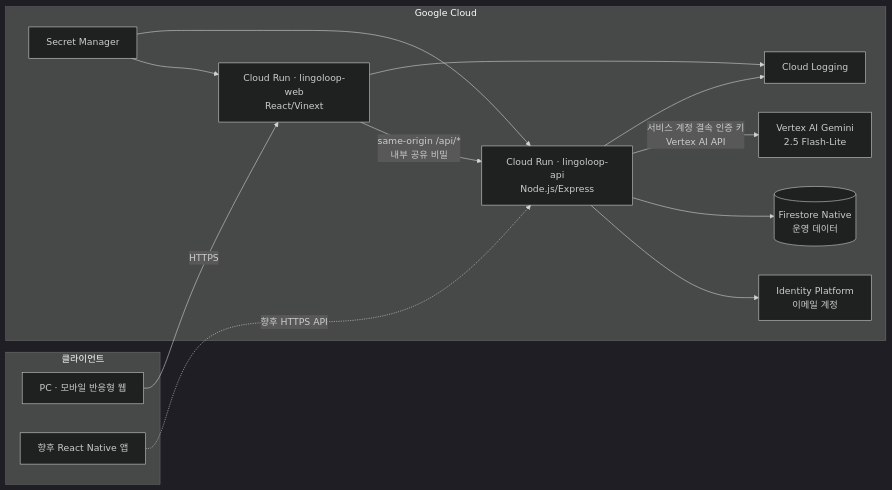
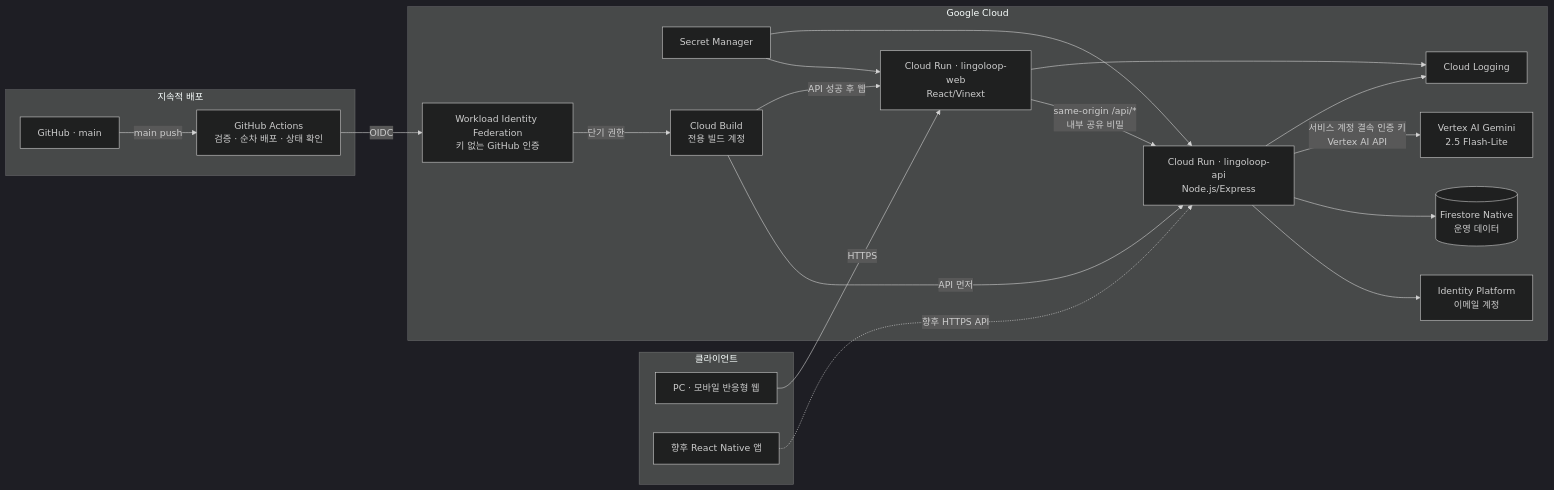
The diagram in README.md (Docile1115/lingoloop-web-mock), drawn with Mermaid (dark theme) before and after one commit. The commit also changed other lines of this file and 6 other files, not shown here.

Commit message:
Automate main deployments to Cloud Run

````diff
--- a/README.md
+++ b/README.md
@@ -54,28 +54,40 @@
 ```mermaid
 flowchart LR
+    subgraph Delivery["지속적 배포"]
+        GitHub["GitHub · main"]
+        Actions["GitHub Actions\n검증 · 순차 배포 · 상태 확인"]
+    end
+
     subgraph Clients["클라이언트"]
         Web["PC · 모바일 반응형 웹"]
         Native["향후 React Native 앱"]
     end
 
     subgraph GCP["Google Cloud"]
         WebRun["Cloud Run · lingoloop-web\nReact/Vinext"]
         ApiRun["Cloud Run · lingoloop-api\nNode.js/Express"]
         Identity["Identity Platform\n이메일 계정"]
         Firestore[("Firestore Native\n운영 데이터")]
         Gemini["Vertex AI Gemini\n2.5 Flash-Lite"]
         Secrets["Secret Manager"]
         Logs["Cloud Logging"]
+        Wif["Workload Identity Federation\n키 없는 GitHub 인증"]
+        Build["Cloud Build\n전용 빌드 계정"]
     end
 
+    GitHub -->|"main push"| Actions
+    Actions -->|"OIDC"| Wif
+    Wif -->|"단기 권한"| Build
+    Build -->|"API 먼저"| ApiRun
+    Build -->|"API 성공 후 웹"| WebRun
     Web -->|"HTTPS"| WebRun
     Native -.->|"향후 HTTPS API"| ApiRun
     WebRun -->|"same-origin /api/*\n내부 공유 비밀"| ApiRun
     ApiRun --> Identity
     ApiRun --> Firestore
     ApiRun -->|"서비스 계정 결속 인증 키\nVertex AI API"| Gemini
     Secrets --> WebRun
     Secrets --> ApiRun
     WebRun --> Logs
     ApiRun --> Logs
 ```
````
